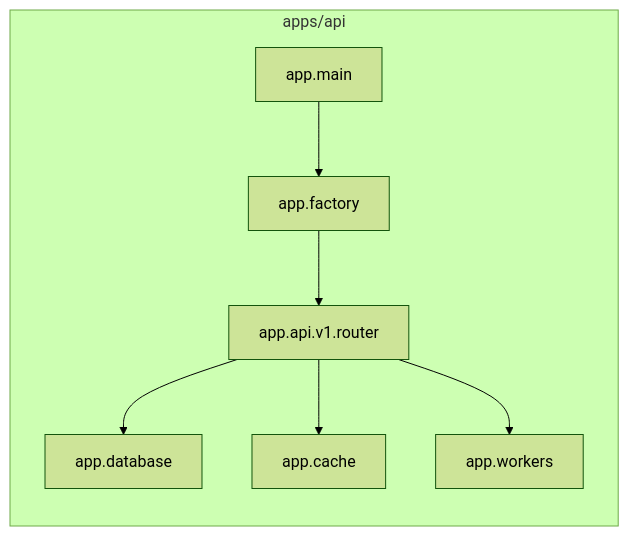
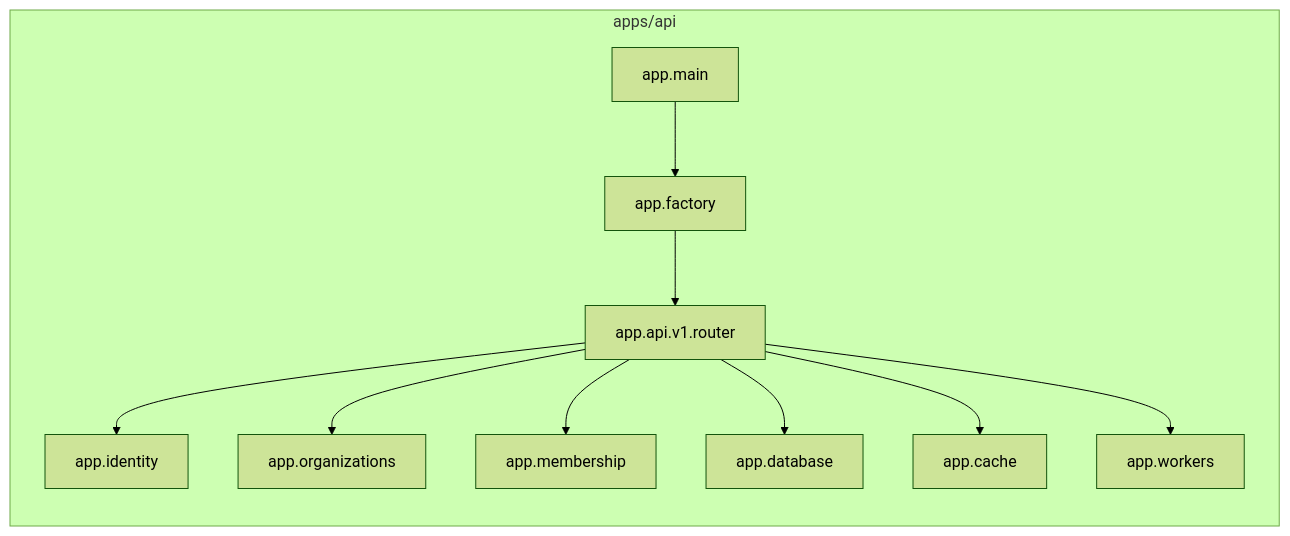
One commit to SevenCandid/OmniVote changed the second of 2 diagrams in docs/architecture/system-overview.md. Above: the diagram before and after it, drawn with Mermaid (forest theme). The commit also changed 95 other files, not shown here.

````diff
--- a/docs/architecture/system-overview.md
+++ b/docs/architecture/system-overview.md
@@ -38,10 +38,13 @@
 ```mermaid
 graph LR
     subgraph apps/api
         main[app.main] --> factory[app.factory]
         factory --> routes[app.api.v1.router]
+        routes --> identity[app.identity]
+        routes --> organizations[app.organizations]
+        routes --> membership[app.membership]
         routes --> db[app.database]
         routes --> cache[app.cache]
         routes --> workers[app.workers]
     end
 ```
````
